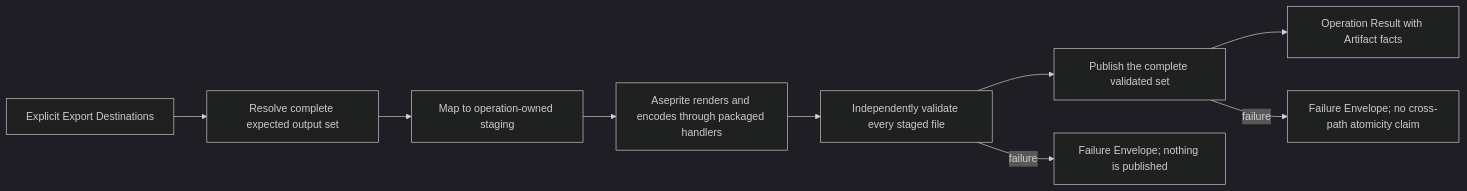
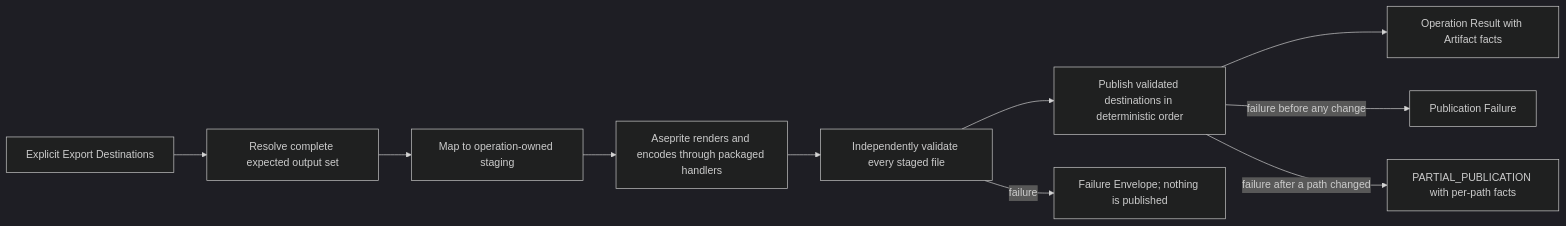
The sixth of 6 diagrams in ARCHITECTURE.md (aigengame/aseprite-automation), drawn with Mermaid (dark theme) before and after one commit. The commit also changed other lines of this file and 2 other files, not shown here.

Commit message:
docs(architecture): clarify export publication contracts

````diff
--- a/ARCHITECTURE.md
+++ b/ARCHITECTURE.md
@@ -501,11 +501,12 @@
 ```mermaid
 flowchart LR
     Request[Explicit Export Destinations] --> Expand[Resolve complete expected output set]
     Expand --> Stage[Map to operation-owned staging]
     Stage --> Native[Aseprite renders and encodes through packaged handlers]
     Native --> Verify[Independently validate every staged file]
-    Verify --> Publish[Publish the complete validated set]
+    Verify --> Publish[Publish validated destinations in deterministic order]
     Publish --> Result[Operation Result with Artifact facts]
     Verify -->|failure| VerifyFailure[Failure Envelope; nothing is published]
-    Publish -->|failure| PublishFailure[Failure Envelope; no cross-path atomicity claim]
+    Publish -->|failure before any change| PublishFailure[Publication Failure]
+    Publish -->|failure after a path changed| PartialFailure[PARTIAL_PUBLICATION with per-path facts]
 ```
````
